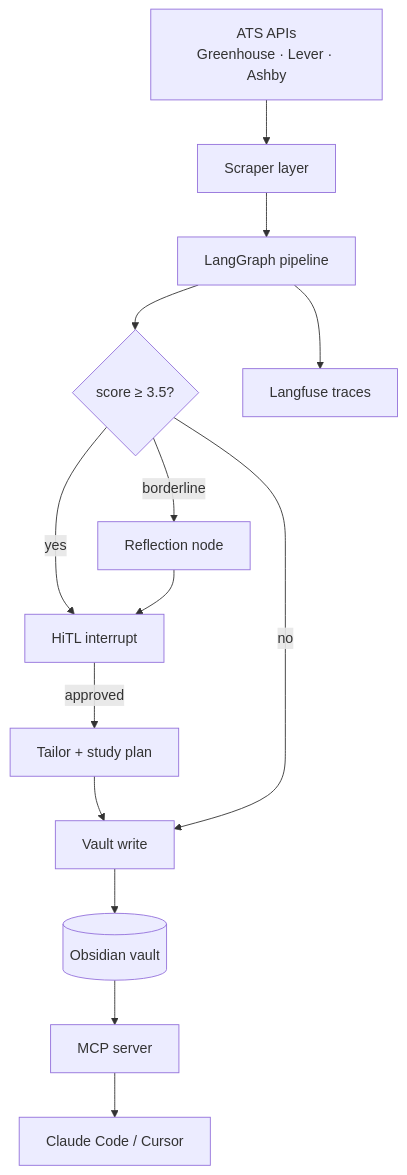
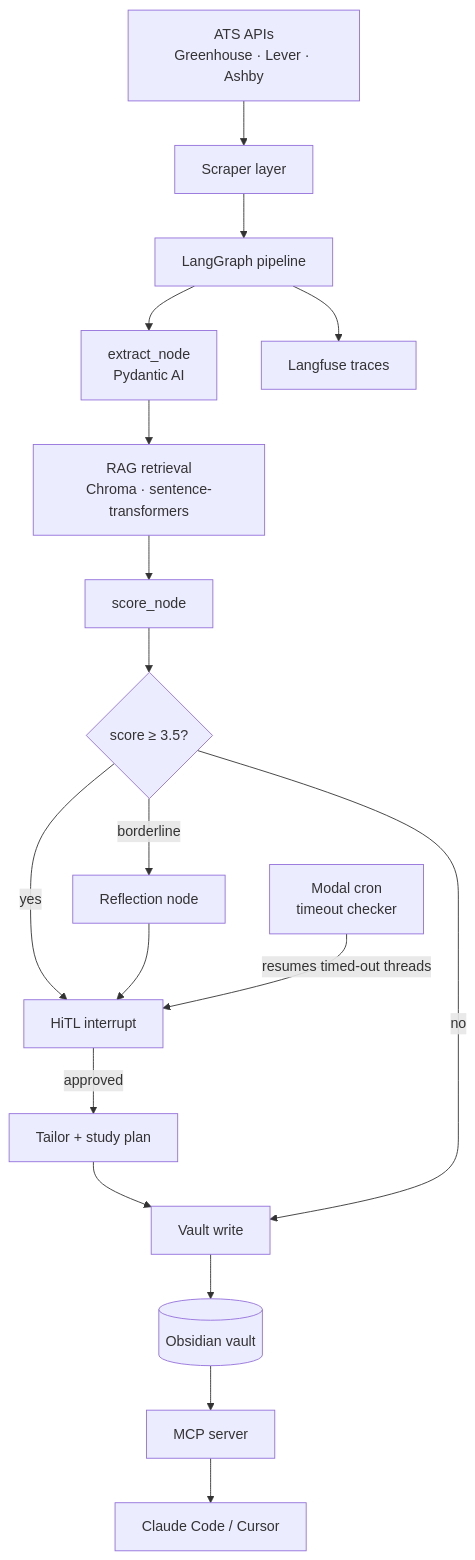
One commit to akminx/compass changed the diagram in README.md. Above: the diagram before and after it, drawn with Mermaid. The commit also changed other lines of this file and 15 other files, not shown here.

First line of the commit message:
feat: phase 0 complete — architecture, vault, docs, phase 1 plan ready

````diff
--- a/README.md
+++ b/README.md
@@ -24,16 +24,20 @@
 ```mermaid
 graph TD
     A[ATS APIs<br/>Greenhouse · Lever · Ashby] --> B[Scraper layer]
     B --> C[LangGraph pipeline]
-    C --> D{score ≥ 3.5?}
+    C --> EX[extract_node<br/>Pydantic AI]
+    EX --> RAG[RAG retrieval<br/>Chroma · sentence-transformers]
+    RAG --> SC[score_node]
+    SC --> D{score ≥ 3.5?}
     D -- yes --> E[HiTL interrupt]
     D -- borderline --> F[Reflection node]
     F --> E
     E -- approved --> G[Tailor + study plan]
     G --> H[Vault write]
     D -- no --> H
     H --> I[(Obsidian vault)]
     I --> J[MCP server]
     J --> K[Claude Code / Cursor]
     C --> L[Langfuse traces]
+    M[Modal cron<br/>timeout checker] -- resumes timed-out threads --> E
 ```
````
